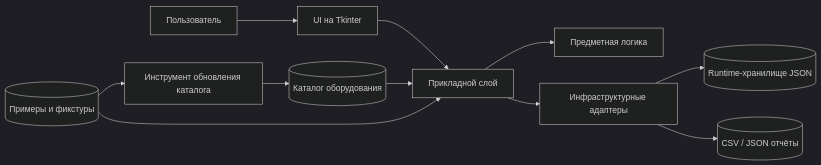
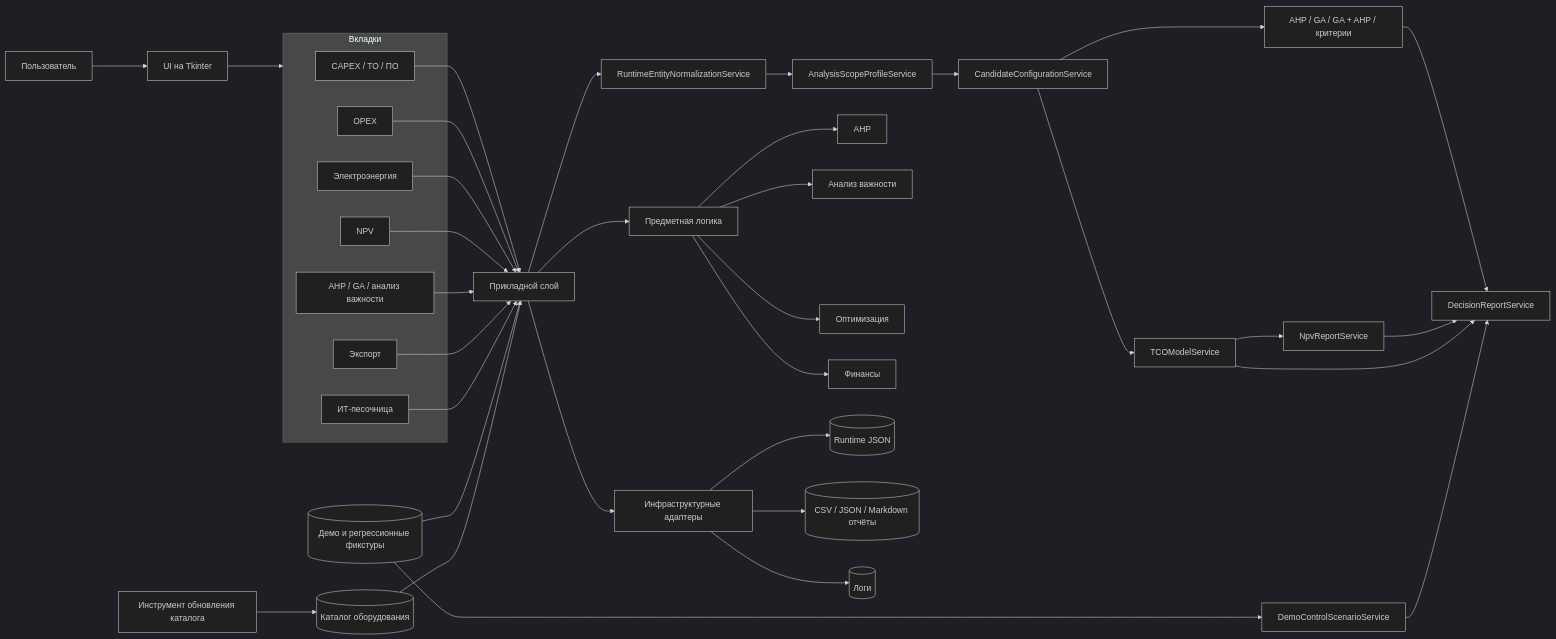
The diagram in docs/architecture/system_schema.md (Pacifica123/it_cost_calc), drawn with Mermaid (dark theme) before and after one commit. The commit also changed other lines of this file and 16 other files, not shown here.

First line of the commit message:
docs: complete conceptual cohesion roadmap

````diff
--- a/docs/architecture/system_schema.md
+++ b/docs/architecture/system_schema.md
@@ -5,15 +5,51 @@
 ```mermaid
 flowchart LR
     U[Пользователь] --> UI[UI на Tkinter]
-    UI --> APP[Прикладной слой]
+
+    subgraph UIX[Вкладки]
+        CAPEX[CAPEX / ТО / ПО]
+        OPEX[OPEX]
+        ENERGY[Электроэнергия]
+        NPV[NPV]
+        ANALYSIS[AHP / GA / анализ важности]
+        EXPORT[Экспорт]
+        SANDBOX[ИТ-песочница]
+    end
+
+    UI --> UIX
+    CAPEX --> APP[Прикладной слой]
+    OPEX --> APP
+    ENERGY --> APP
+    NPV --> APP
+    ANALYSIS --> APP
+    EXPORT --> APP
+    SANDBOX --> APP
+
+    APP --> NORM[RuntimeEntityNormalizationService]
+    NORM --> PROFILE[AnalysisScopeProfileService]
+    PROFILE --> CAND[CandidateConfigurationService]
+    CAND --> TCO[TCOModelService]
+    TCO --> NPVS[NpvReportService]
+    CAND --> METHODS[AHP / GA / GA + AHP / критерии]
+    METHODS --> DRS[DecisionReportService]
+    NPVS --> DRS
+    TCO --> DRS
+
     APP --> DOM[Предметная логика]
+    DOM --> AHPD[AHP]
+    DOM --> CID[Анализ важности]
+    DOM --> GA[Оптимизация]
+    DOM --> FIN[Финансы]
+
     APP --> INF[Инфраструктурные адаптеры]
-    INF --> RUNTIME[(Runtime-хранилище JSON)]
-    INF --> EXPORT[(CSV / JSON отчёты)]
+    INF --> RUNTIME[(Runtime JSON)]
+    INF --> REPORTS[(CSV / JSON / Markdown отчёты)]
+    INF --> LOGS[(Логи)]
+
+    FIX[(Демо и регрессионные фикстуры)] --> APP
+    FIX --> DCTRL[DemoControlScenarioService]
+    DCTRL --> DRS
 
     PARSER[Инструмент обновления каталога] --> CATALOG[(Каталог оборудования)]
     CATALOG --> APP
-
-    EXAMPLES[(Примеры и фикстуры)] --> APP
-    EXAMPLES --> PARSER
 ```
````
